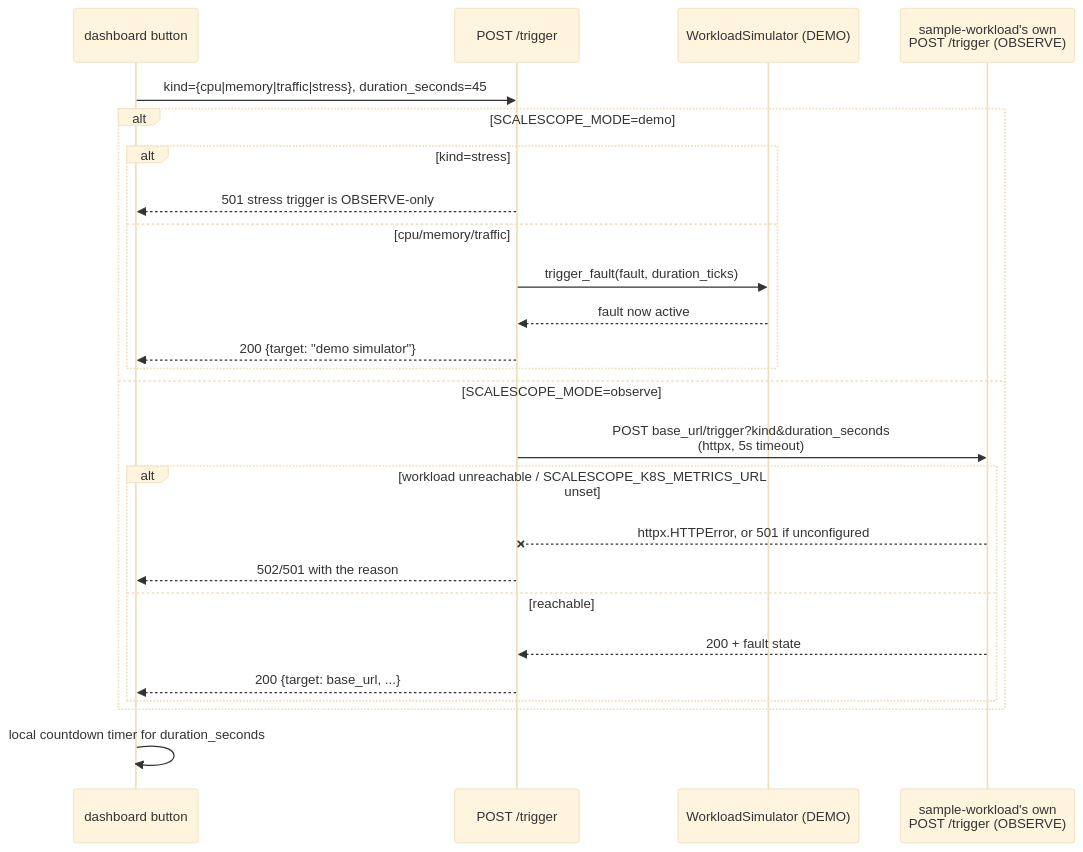
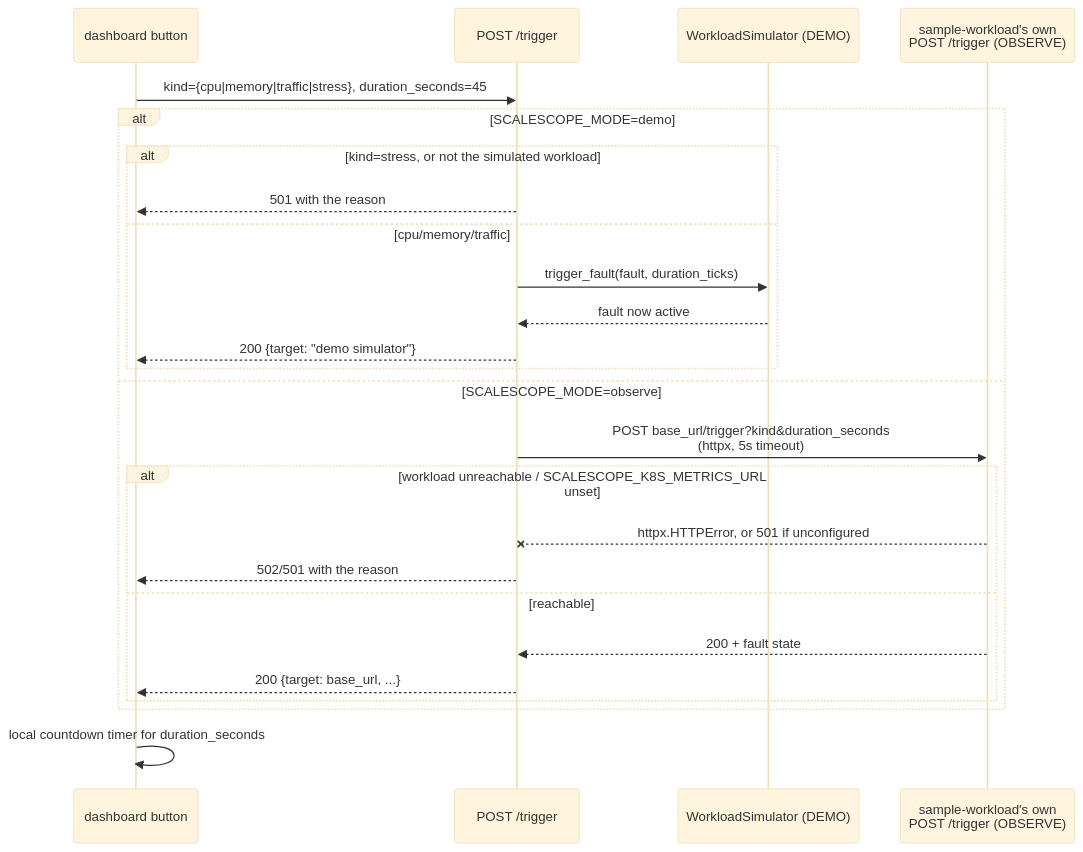
Before and after one commit to jsawyerdev/scalescope: the sixth of 6 diagrams in README.md, drawn with Mermaid (base theme). The commit also changed other lines of this file and 36 other files, not shown here.

````diff
--- a/README.md
+++ b/README.md
@@ -564,28 +564,28 @@
 ```mermaid
 sequenceDiagram
     participant UI as dashboard button
     participant API as POST /trigger
     participant Sim as WorkloadSimulator (DEMO)
     participant WL as sample-workload's own<br/>POST /trigger (OBSERVE)
 
     UI->>API: kind={cpu|memory|traffic|stress}, duration_seconds=45
     alt SCALESCOPE_MODE=demo
-        alt kind=stress
-            API-->>UI: 501 stress trigger is OBSERVE-only
+        alt kind=stress, or not the simulated workload
+            API-->>UI: 501 with the reason
         else cpu/memory/traffic
         API->>Sim: trigger_fault(fault, duration_ticks)
         Sim-->>API: fault now active
         API-->>UI: 200 {target: "demo simulator"}
         end
     else SCALESCOPE_MODE=observe
         API->>WL: POST base_url/trigger?kind&duration_seconds<br/>(httpx, 5s timeout)
         alt workload unreachable / SCALESCOPE_K8S_METRICS_URL unset
             WL--xAPI: httpx.HTTPError, or 501 if unconfigured
             API-->>UI: 502/501 with the reason
         else reachable
             WL-->>API: 200 + fault state
             API-->>UI: 200 {target: base_url, ...}
         end
     end
     UI->>UI: local countdown timer for duration_seconds
 ```
````
